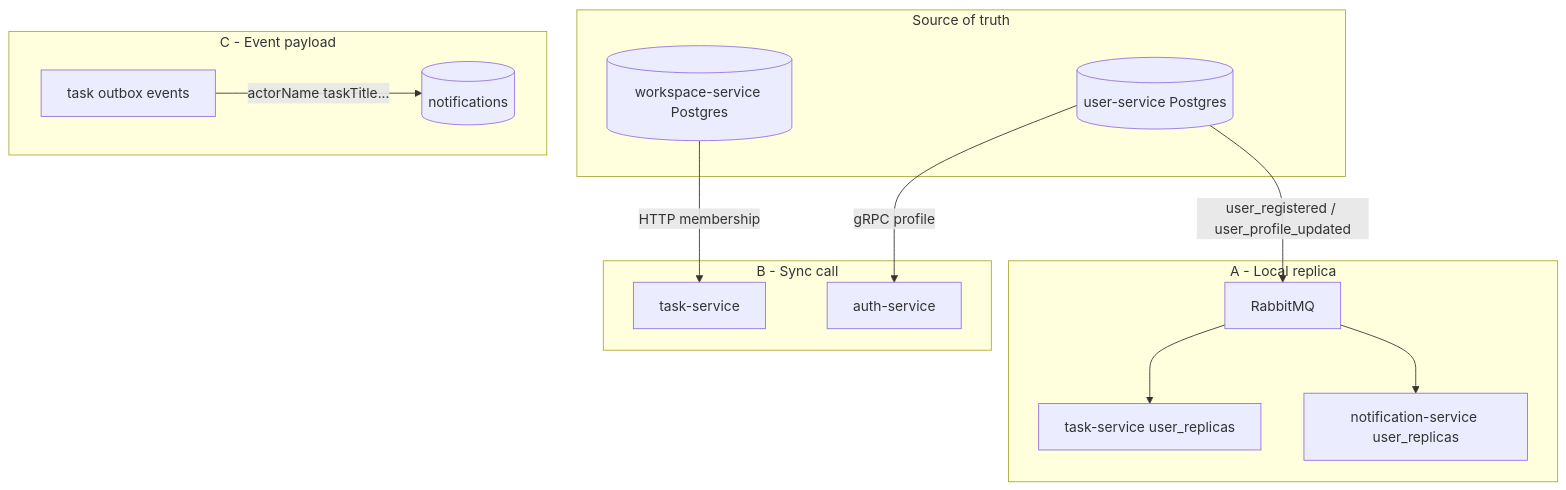
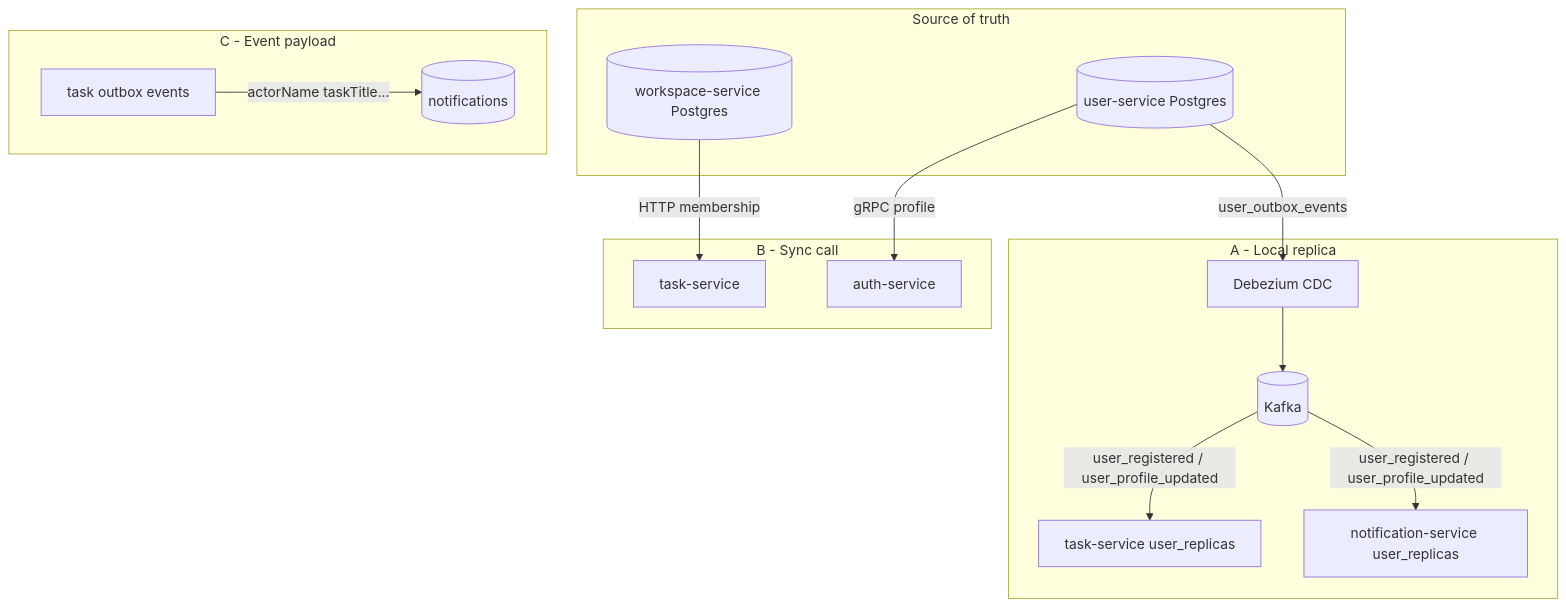
The diagram in docs/cross-service-data.md (lengocanh2005it/collabspace), drawn with Mermaid before and after one commit. The commit also changed other lines of this file and 65 other files, not shown here.

First line of the commit message:
docs: sync Kafka + Debezium CDC across docs and finish RabbitMQ cleanup

````diff
--- a/docs/cross-service-data.md
+++ b/docs/cross-service-data.md
@@ -185,29 +185,31 @@
 ```mermaid
 flowchart TB
   subgraph truth [Source of truth]
     US[(user-service Postgres)]
     WS[(workspace-service Postgres)]
   end
 
   subgraph replica [A - Local replica]
-    RMQ[RabbitMQ]
+    K[(Kafka)]
+    DBZ[Debezium CDC]
     UR1[task-service user_replicas]
     UR2[notification-service user_replicas]
-    US -->|user_registered / user_profile_updated| RMQ
-    RMQ --> UR1
-    RMQ --> UR2
+    US -->|user_outbox_events| DBZ
+    DBZ --> K
+    K -->|user_registered / user_profile_updated| UR1
+    K -->|user_registered / user_profile_updated| UR2
   end
 
   subgraph sync [B - Sync call]
     TS[task-service]
     AUTH[auth-service]
     WS -->|HTTP membership| TS
     US -->|gRPC profile| AUTH
   end
 
   subgraph denorm [C - Event payload]
     OUT[task outbox events]
     NS[(notifications)]
     OUT -->|actorName taskTitle...| NS
   end
 ```
````
